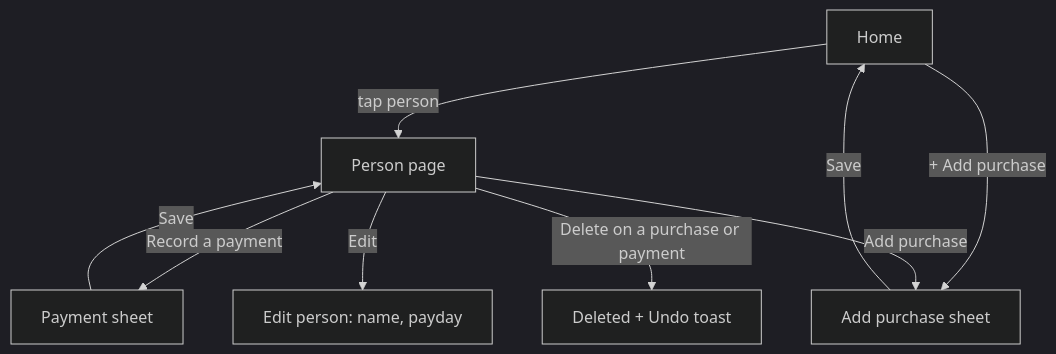
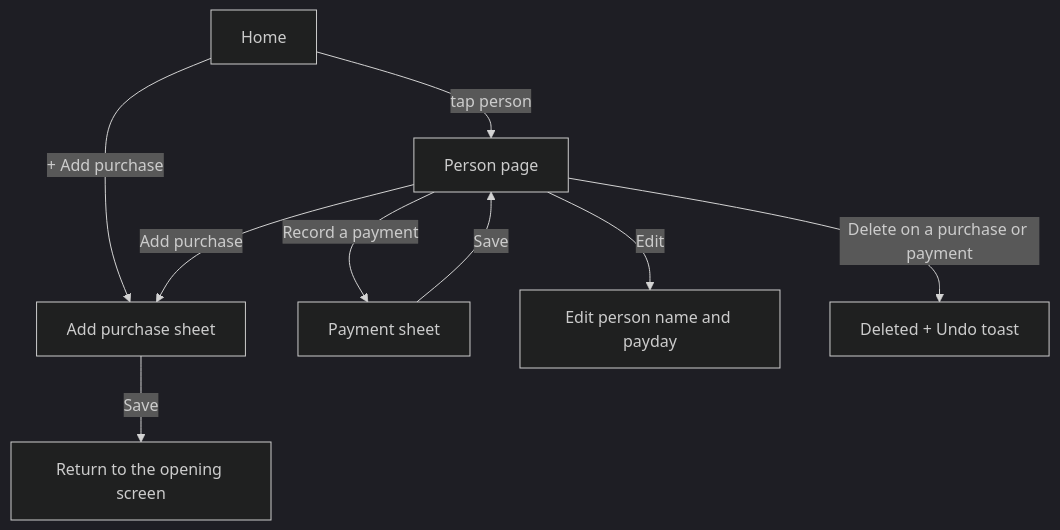
The third of 3 diagrams in docs/DESIGN.md (zekihan/family-tab), drawn with Mermaid (dark theme) before and after one commit. The commit also changed other lines of this file, not shown here.

````diff
--- a/docs/DESIGN.md
+++ b/docs/DESIGN.md
@@ -135,11 +146,11 @@
 ```mermaid
 flowchart TD
     H[Home] -->|tap person| P[Person page]
     H -->|+ Add purchase| AP[Add purchase sheet]
     P -->|Record a payment| RP[Payment sheet]
     P -->|Add purchase| AP
-    P -->|Edit| EP[Edit person: name, payday]
+    P -->|Edit| EP[Edit person name and payday]
     P -->|Delete on a purchase or payment| U[Deleted + Undo toast]
-    AP -->|Save| H
+    AP -->|Save| R[Return to the opening screen]
     RP -->|Save| P
 ```
````
